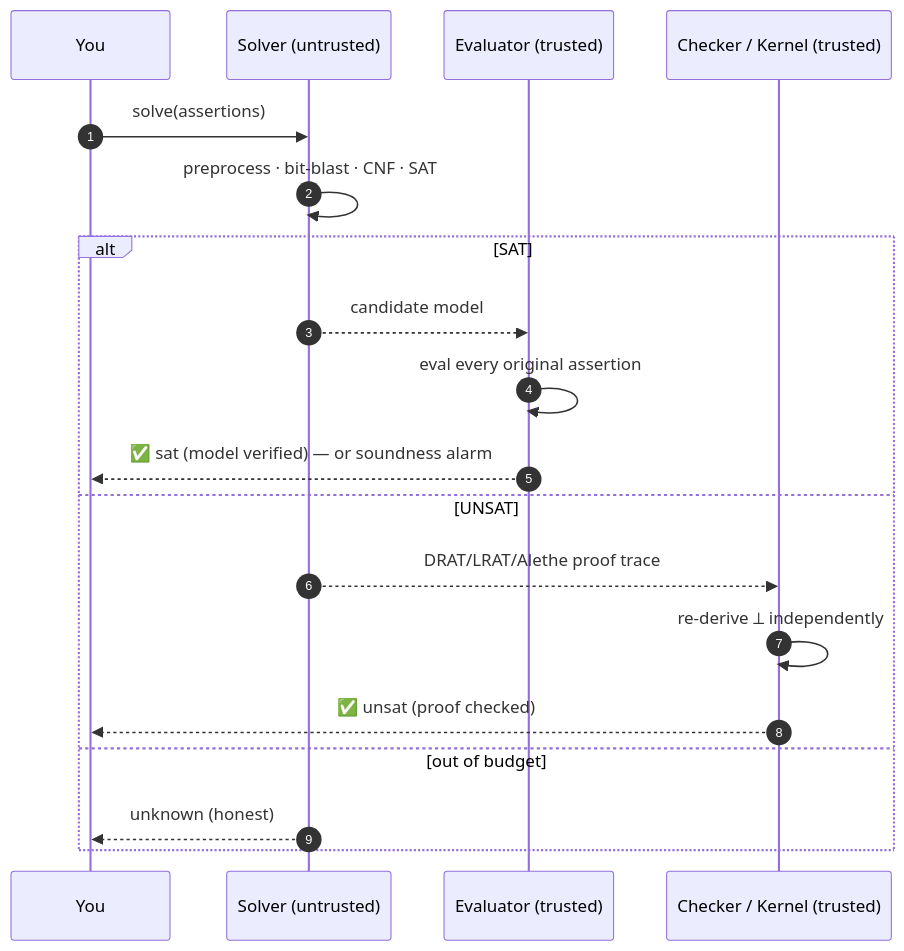
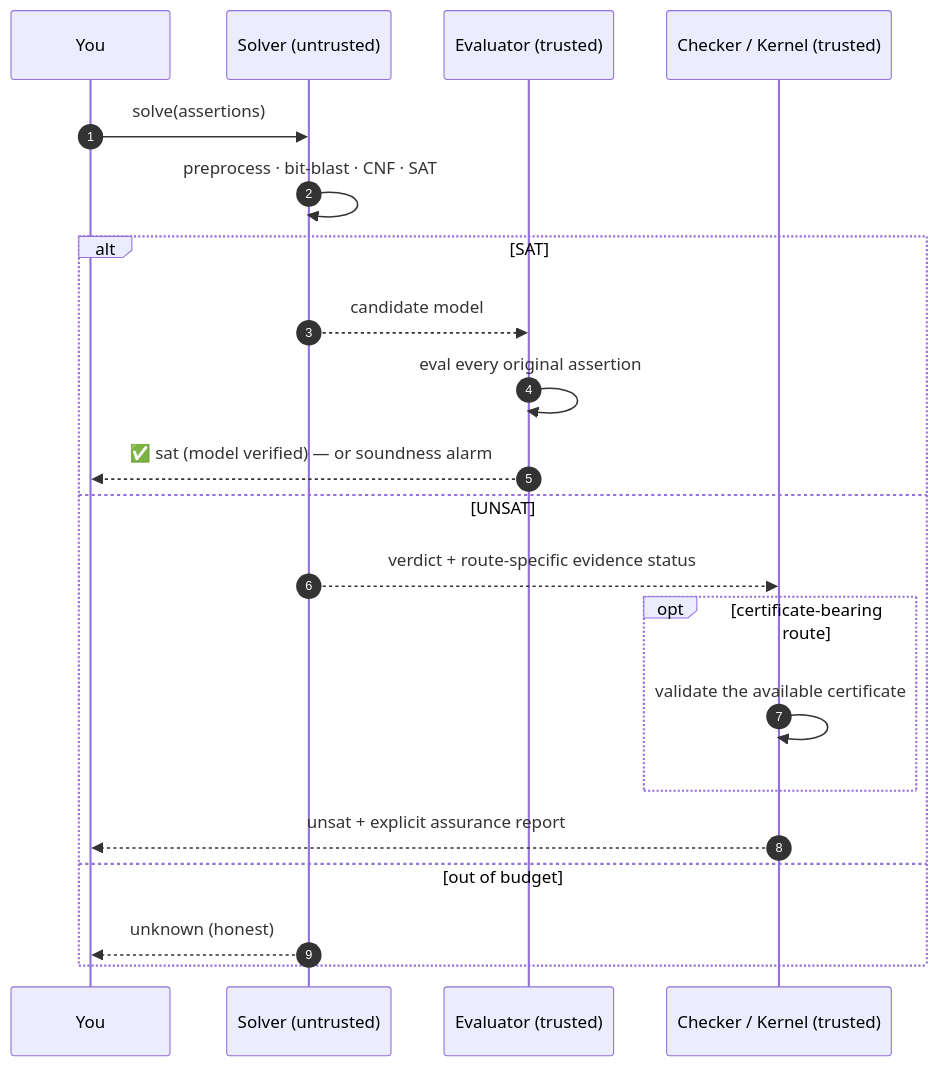
The second of 2 diagrams in docs/learn/07-how-axeyum-solves-a-query.md (mjbommar/axeyum), drawn with Mermaid before and after one commit. The commit also changed other lines of this file and 4 other files, not shown here.

````diff
--- a/docs/learn/07-how-axeyum-solves-a-query.md
+++ b/docs/learn/07-how-axeyum-solves-a-query.md
@@ -72,22 +85,24 @@
 ```mermaid
 sequenceDiagram
     autonumber
     participant U as You
     participant S as Solver (untrusted)
     participant E as Evaluator (trusted)
     participant K as Checker / Kernel (trusted)
 
     U->>S: solve(assertions)
     S->>S: preprocess · bit-blast · CNF · SAT
     alt SAT
         S-->>E: candidate model
         E->>E: eval every original assertion
         E-->>U: ✅ sat (model verified) — or soundness alarm
     else UNSAT
-        S-->>K: DRAT/LRAT/Alethe proof trace
-        K->>K: re-derive ⟂ independently
-        K-->>U: ✅ unsat (proof checked)
+        S-->>K: verdict + route-specific evidence status
+        opt certificate-bearing route
+            K->>K: validate the available certificate
+        end
+        K-->>U: unsat + explicit assurance report
     else out of budget
         S-->>U: unknown (honest)
     end
 ```
````
